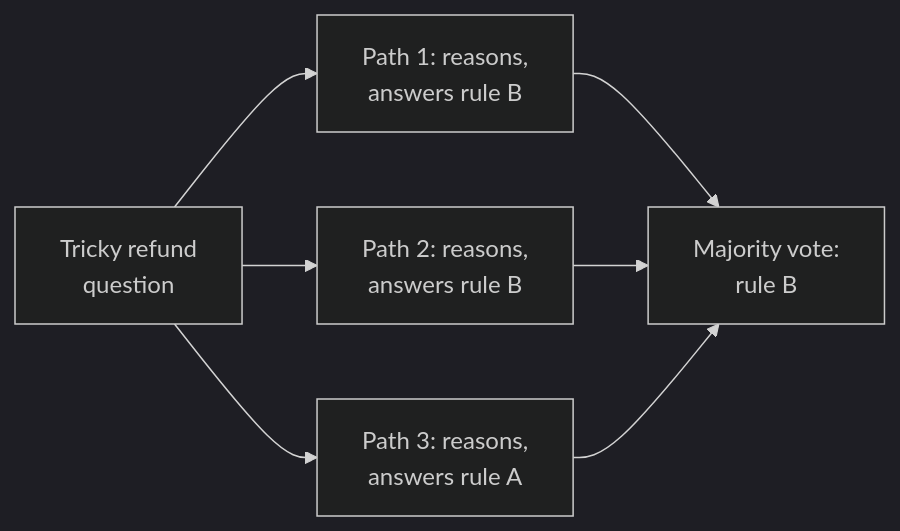
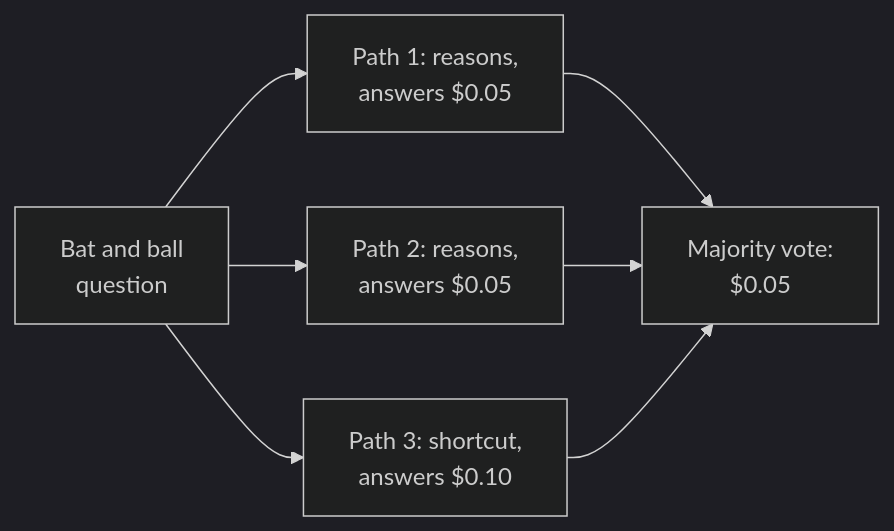
The seventh of 8 diagrams in src/Data/aiStackDocs/CH-01.md (shubamchaudhary/CodeNITW), drawn with Mermaid (dark theme) before and after one commit. The commit also changed other lines of this file and 32 other files, not shown here.

````diff
--- a/src/Data/aiStackDocs/CH-01.md
+++ b/src/Data/aiStackDocs/CH-01.md
@@ -250,9 +252,9 @@
 ```mermaid
 flowchart LR
-    Q["Tricky refund<br/>question"] --> P1["Path 1: reasons,<br/>answers rule B"]
-    Q --> P2["Path 2: reasons,<br/>answers rule B"]
-    Q --> P3["Path 3: reasons,<br/>answers rule A"]
-    P1 --> V["Majority vote:<br/>rule B"]
+    Q["Bat and ball<br/>question"] --> P1["Path 1: reasons,<br/>answers $0.05"]
+    Q --> P2["Path 2: reasons,<br/>answers $0.05"]
+    Q --> P3["Path 3: shortcut,<br/>answers $0.10"]
+    P1 --> V["Majority vote:<br/>$0.05"]
     P2 --> V
     P3 --> V
 ```
````
